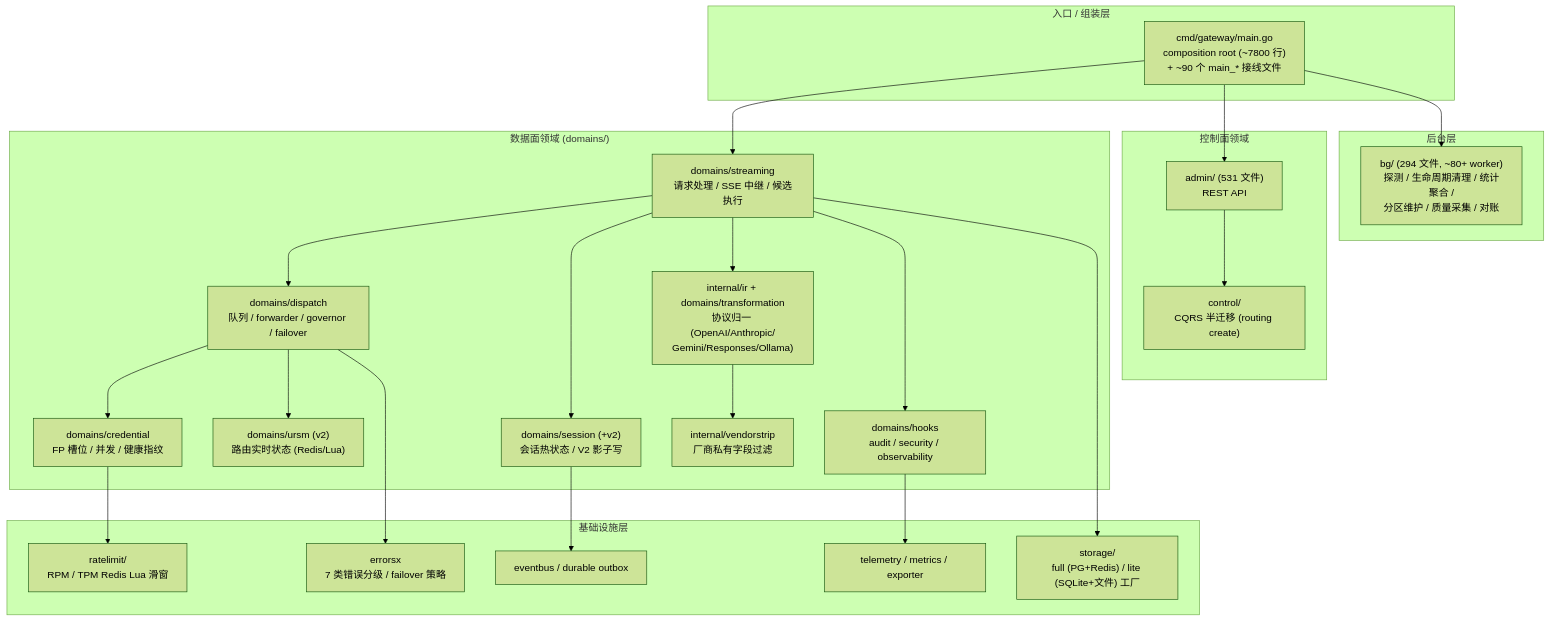
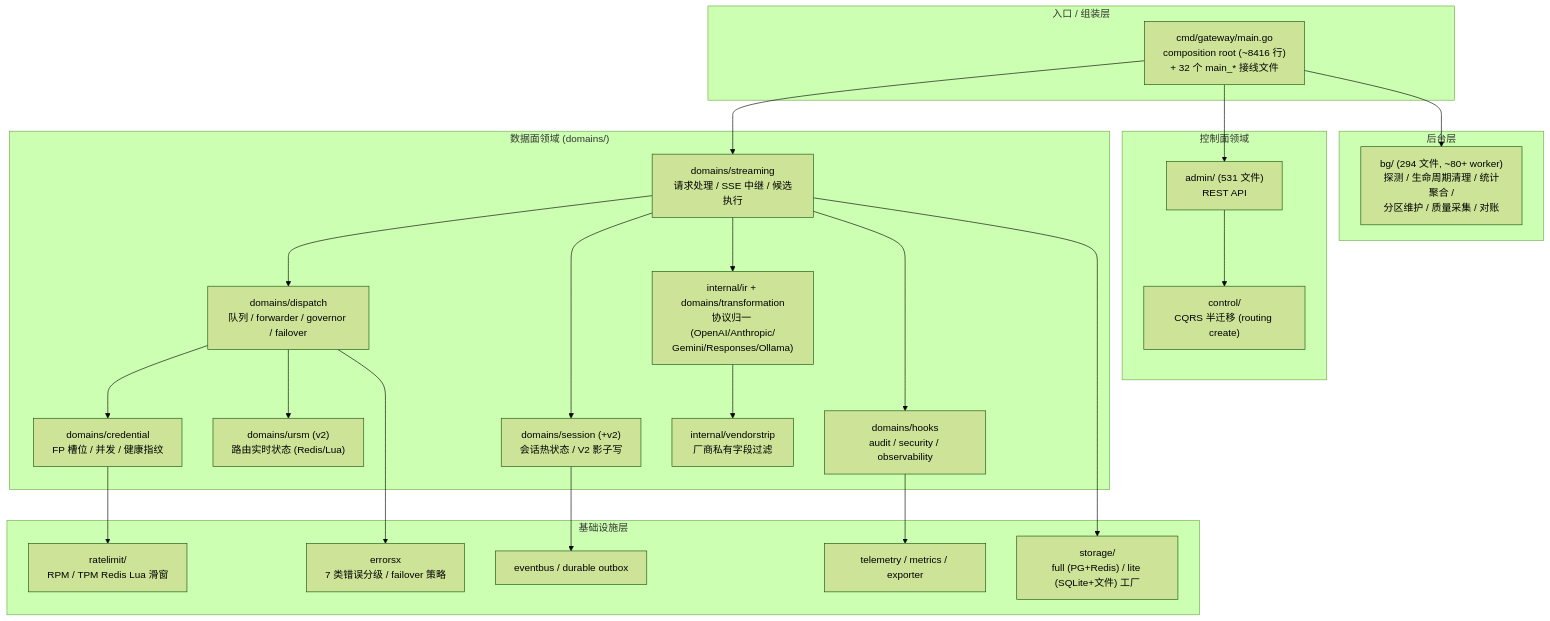
Before and after one commit to halfking/ai-native-gateway-core: the fifth of 9 diagrams in docs/architecture-diagrams.md, drawn with Mermaid (forest theme). The commit also changed 14 other files, not shown here.

````diff
--- a/docs/architecture-diagrams.md
+++ b/docs/architecture-diagrams.md
@@ -195,49 +195,49 @@
 ```mermaid
 graph TB
     subgraph entry["入口 / 组装层"]
-        MAIN["cmd/gateway/main.go<br/>composition root (~7800 行)<br/>+ ~90 个 main_* 接线文件"]
+        MAIN["cmd/gateway/main.go<br/>composition root (~8416 行)<br/>+ 32 个 main_* 接线文件"]
     end
 
     subgraph dp["数据面领域 (domains/)"]
         STREAMING["domains/streaming<br/>请求处理 / SSE 中继 / 候选执行"]
         DISPATCH["domains/dispatch<br/>队列 / forwarder / governor / failover"]
         CREDENTIAL["domains/credential<br/>FP 槽位 / 并发 / 健康指纹"]
         URSM["domains/ursm (v2)<br/>路由实时状态 (Redis/Lua)"]
         SESSION["domains/session (+v2)<br/>会话热状态 / V2 影子写"]
         IR["internal/ir + domains/transformation<br/>协议归一 (OpenAI/Anthropic/<br/>Gemini/Responses/Ollama)"]
         VSTRIP["internal/vendorstrip<br/>厂商私有字段过滤"]
         HOOKS["domains/hooks<br/>audit / security / observability"]
     end
 
     subgraph cp["控制面领域"]
         ADMIN["admin/ (531 文件)<br/>REST API"]
         CONTROL["control/<br/>CQRS 半迁移 (routing create)"]
     end
 
     subgraph infra["基础设施层"]
         STORE["storage/<br/>full (PG+Redis) / lite (SQLite+文件) 工厂"]
         TELEMETRY["telemetry / metrics / exporter"]
         ERRORSX["errorsx<br/>7 类错误分级 / failover 策略"]
         RATELIMIT["ratelimit/<br/>RPM / TPM Redis Lua 滑窗"]
         EVENTBUS["eventbus / durable outbox"]
     end
 
     subgraph bglayer["后台层"]
         BGW["bg/ (294 文件, ~80+ worker)<br/>探测 / 生命周期清理 / 统计聚合 /<br/>分区维护 / 质量采集 / 对账"]
     end
 
     MAIN --> STREAMING
     MAIN --> ADMIN
     MAIN --> BGW
     STREAMING --> DISPATCH --> CREDENTIAL
     STREAMING --> SESSION
     DISPATCH --> URSM
     STREAMING --> IR --> VSTRIP
     STREAMING --> HOOKS
     ADMIN --> CONTROL
     STREAMING --> STORE
     DISPATCH --> ERRORSX
     CREDENTIAL --> RATELIMIT
     HOOKS --> TELEMETRY
     SESSION --> EVENTBUS
 ```
````
